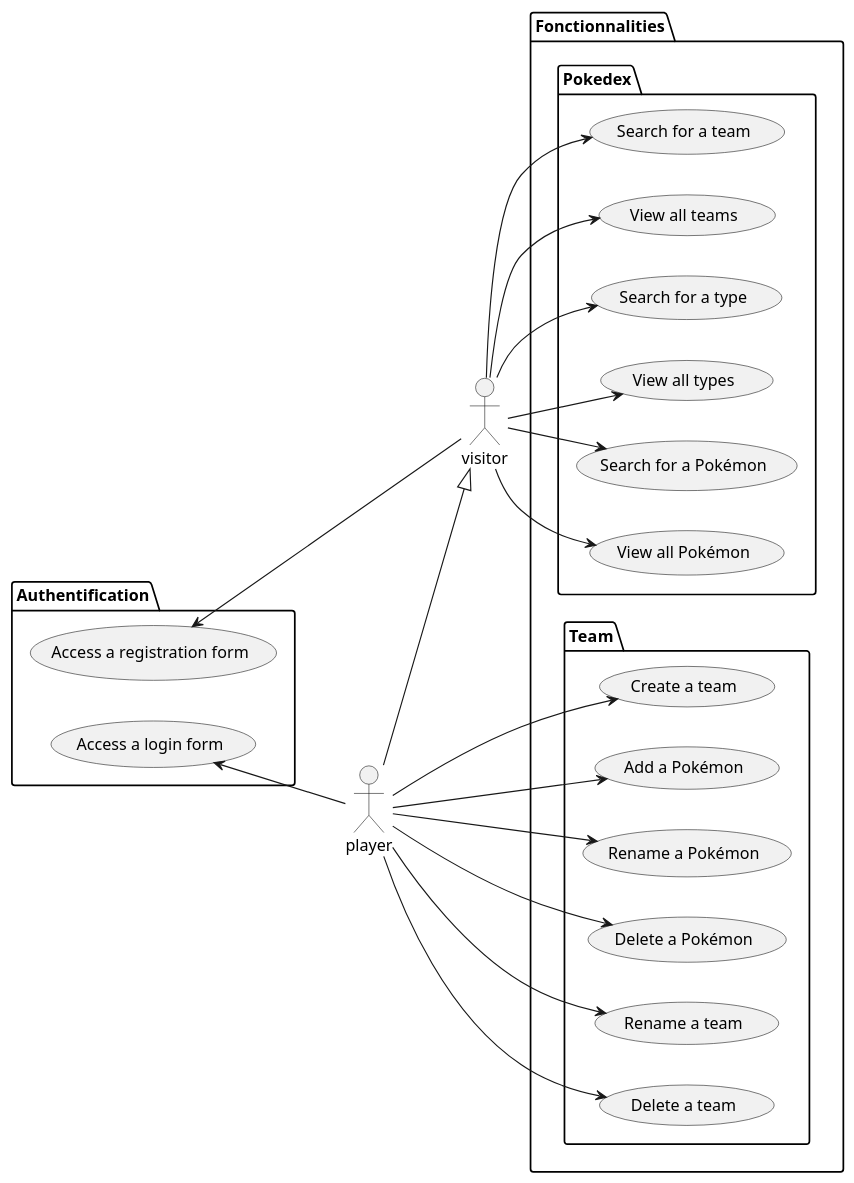
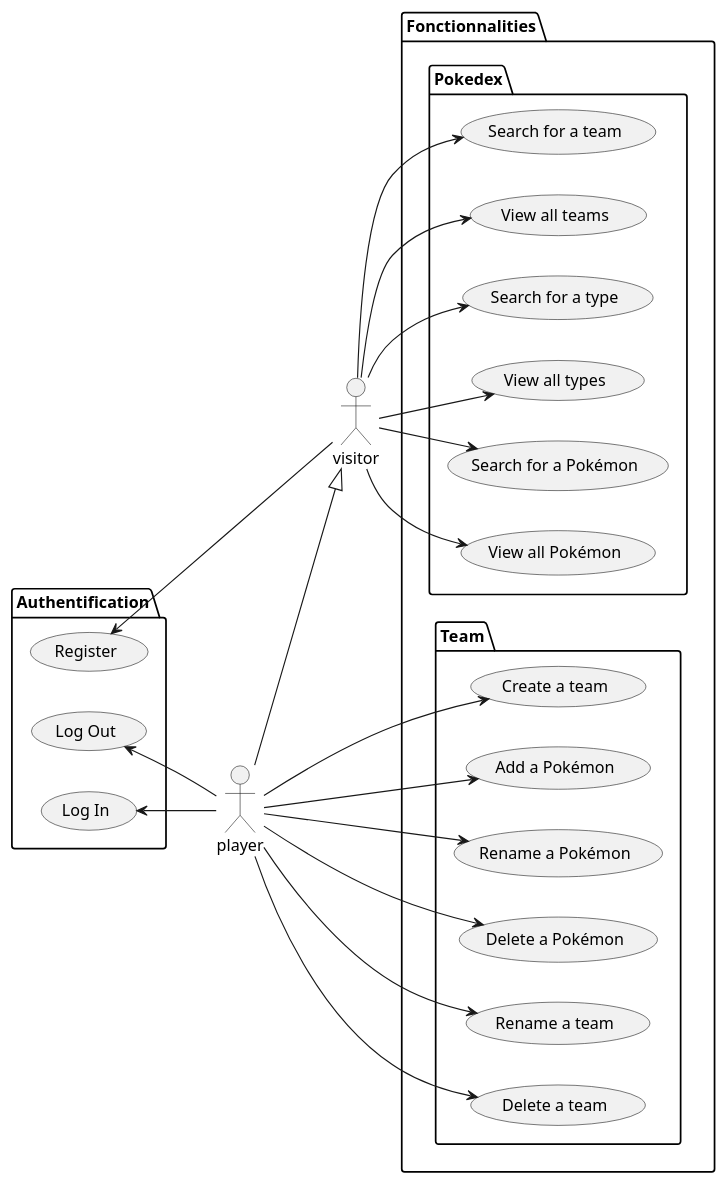
The diagram in conception/uml/usecase.puml (amelia-decobert/pokedex), drawn with PlantUML before and after one commit. The commit also changed 26 other files, not shown here.

```diff
--- a/conception/uml/usecase.puml
+++ b/conception/uml/usecase.puml
@@ -1,50 +1,52 @@
 @startuml usecase
 
 left to right direction
 
 :visitor: as v
 :player: as p
 
 p --|> v
 
 package Authentification {
-    usecase "Access a login form" as alf
-    usecase "Access a registration form" as arf
+    usecase "Log In" as li
+    usecase "Log Out" as lo
+    usecase "Register" as rgt
 }
 
 package Fonctionnalities {
     package Pokedex {
         usecase "Search for a team" as sfatm
         usecase "View all teams" as vatm
         usecase "Search for a type" as sfatp
         usecase "View all types" as vatp
         usecase "Search for a Pokémon" as sfap
         usecase "View all Pokémon" as vap
     }
 
     package Team {
         usecase "Create a team" as cat
         usecase "Add a Pokémon" as ap
         usecase "Rename a Pokémon" as rap
         usecase "Delete a Pokémon" as dap
         usecase "Rename a team" as rat
         usecase "Delete a team" as dat
     }
 }
 
 v --> sfatm
 v -->vatm
 v --> sfatp
 v --> vatp
 v --> sfap
 v --> vap
-v -up-> arf
+v -up-> rgt
 
-p -up-> alf
+p -up-> li
+p -up-> lo
 p -->cat
 p --> ap
 p --> rap
 p --> dap
 p --> rat
 p --> dat
 @endum
```
